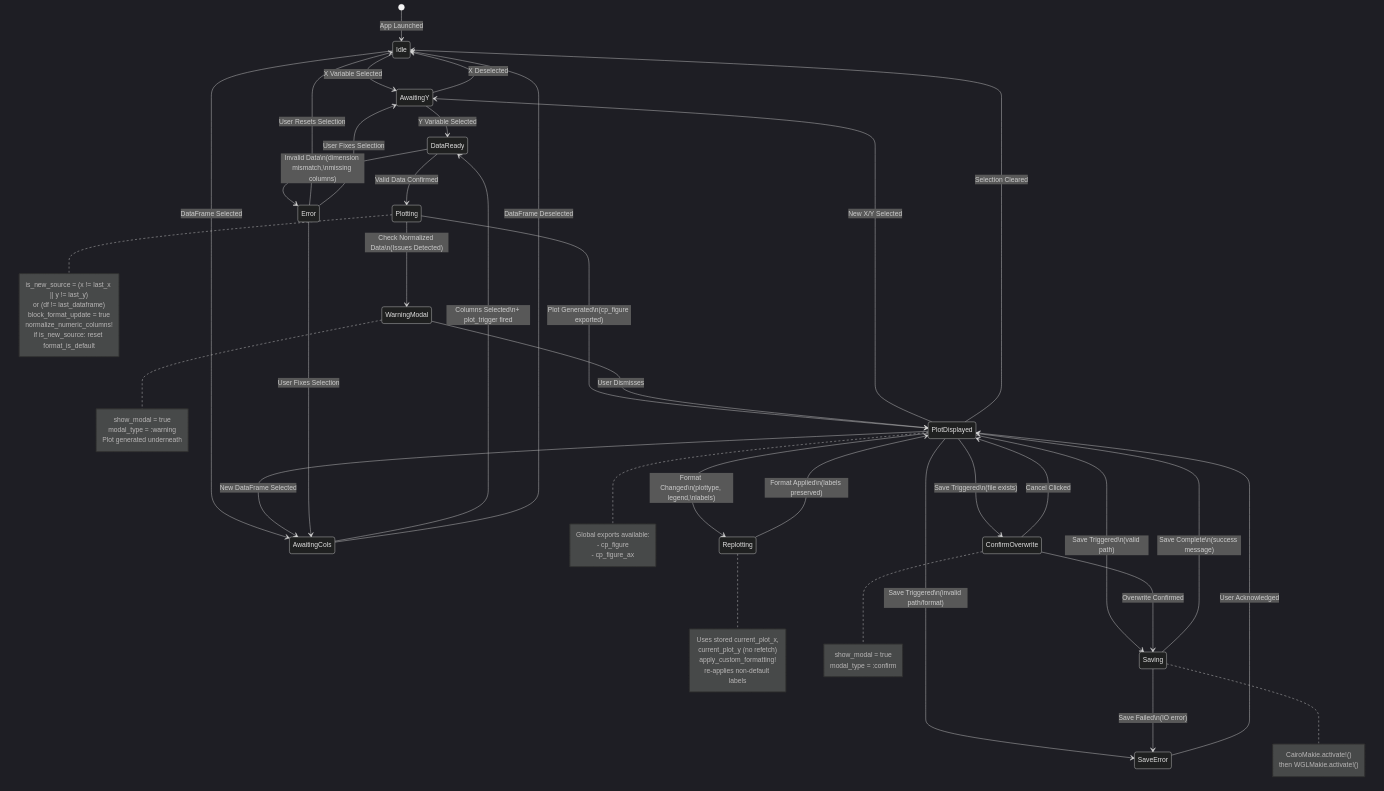
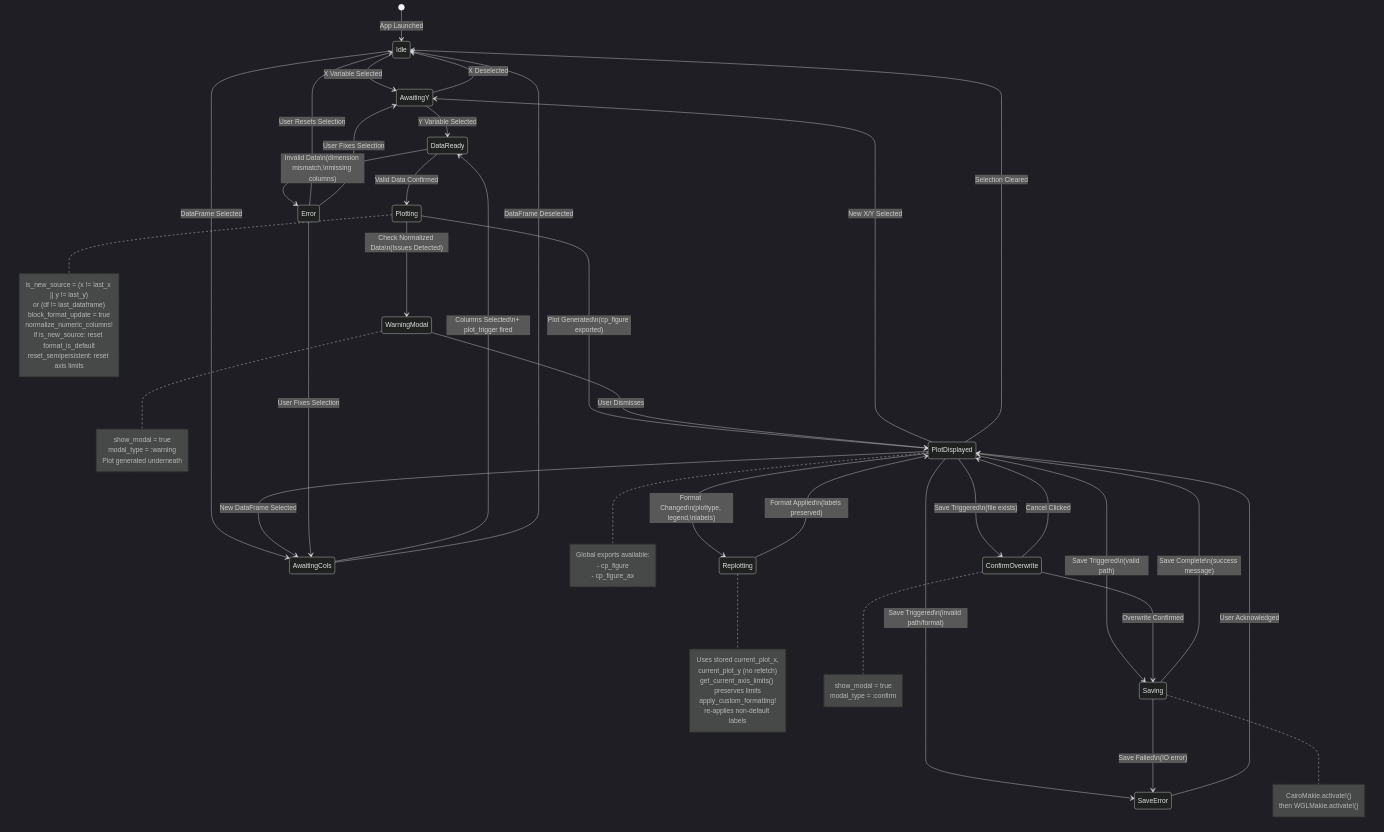
The diagram in AGENTS_more_info/Mermaid/state_transition_map.md (Eben60/CasualPlots.jl), drawn with Mermaid (dark theme) before and after one commit. The commit also changed 20 other files, not shown here.

```diff
--- a/AGENTS_more_info/Mermaid/state_transition_map.md
+++ b/AGENTS_more_info/Mermaid/state_transition_map.md
@@ -54,11 +54,13 @@
         block_format_update = true
         normalize_numeric_columns!
         if is_new_source: reset format_is_default
+        reset_semipersistent: reset axis limits
     end note
     
     note right of Replotting
         Uses stored current_plot_x,
         current_plot_y (no refetch)
+        get_current_axis_limits() preserves limits
         apply_custom_formatting!
         re-applies non-default labels
     end note
```
